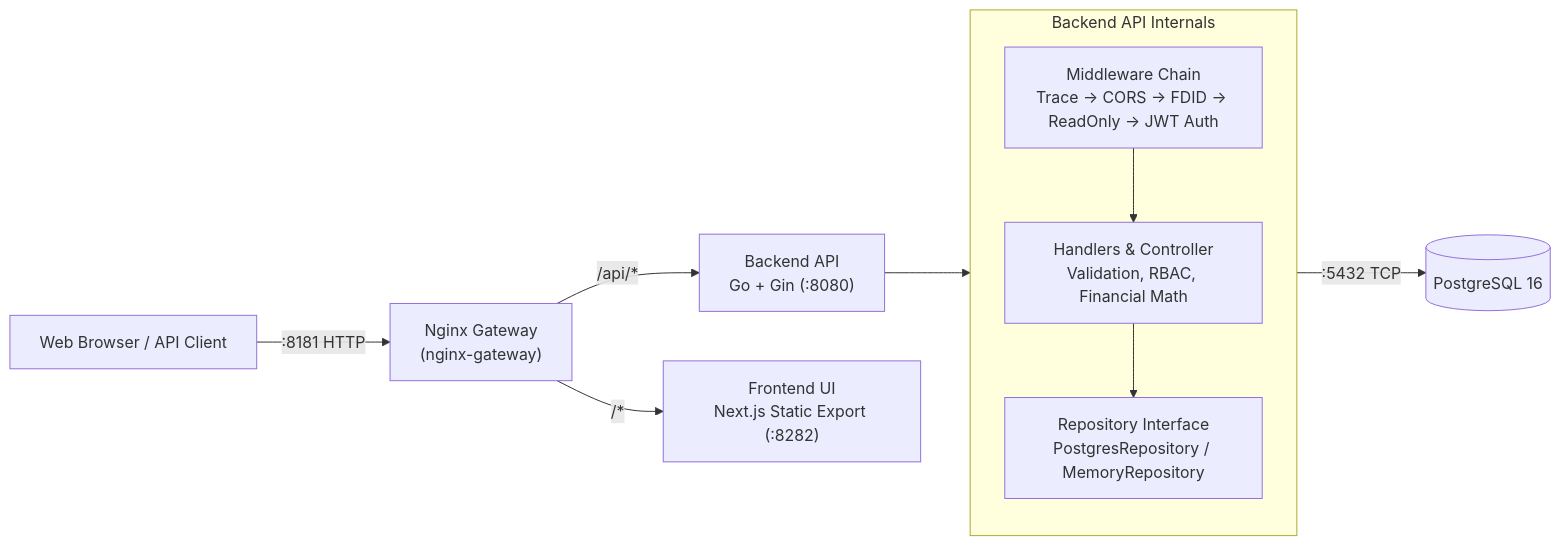
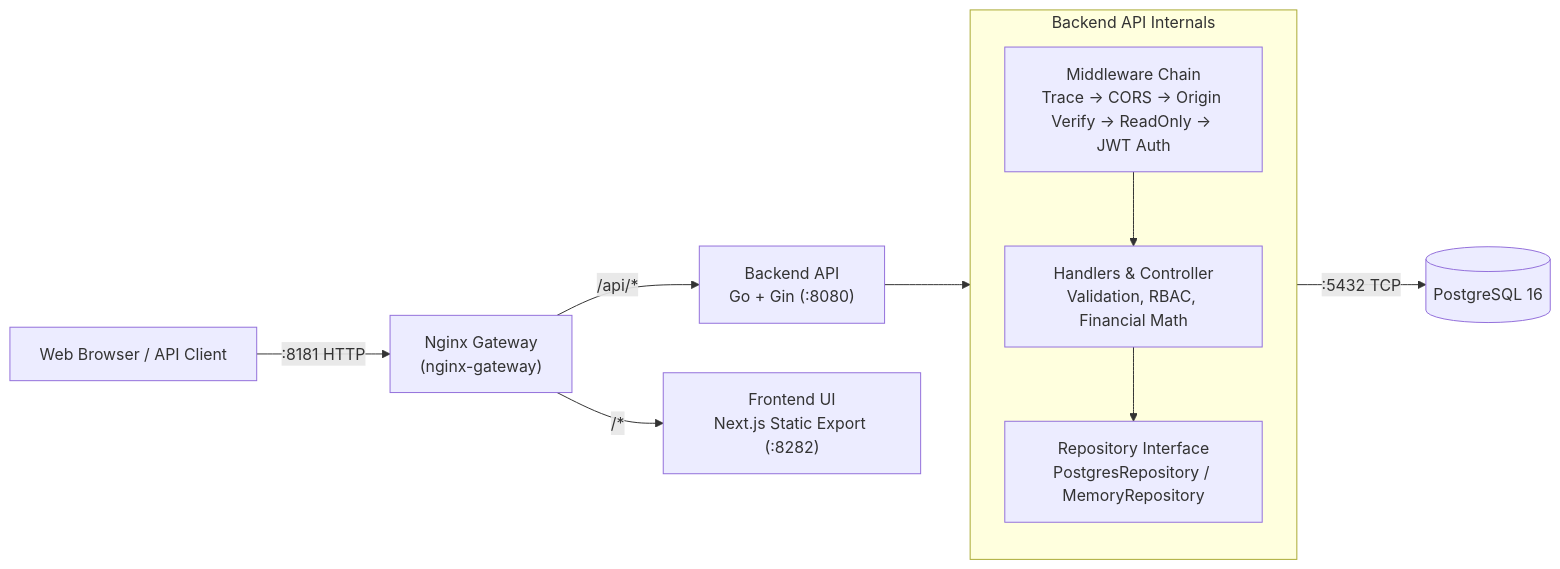
One commit to ZacharyCalvert/plannedwallet-ai changed the first of 4 diagrams in README.md. Above: the diagram before and after it, drawn with Mermaid. The commit also changed other lines of this file and 25 other files, not shown here.

````diff
--- a/README.md
+++ b/README.md
@@ -11,17 +13,17 @@
 ```mermaid
 flowchart LR
     Browser["Web Browser / API Client"] -->|":8181 HTTP"| Gateway["Nginx Gateway<br/>(nginx-gateway)"]
     Gateway -->|"/api/*"| API["Backend API<br/>Go + Gin (:8080)"]
     Gateway -->|"/*"| UI["Frontend UI<br/>Next.js Static Export (:8282)"]
 
     subgraph BackendLayers ["Backend API Internals"]
         direction TB
-        MW["Middleware Chain<br/>Trace -> CORS -> FDID -> ReadOnly -> JWT Auth"]
+        MW["Middleware Chain<br/>Trace -> CORS -> Origin Verify -> ReadOnly -> JWT Auth"]
         HDL["Handlers & Controller<br/>Validation, RBAC, Financial Math"]
         REPO["Repository Interface<br/>PostgresRepository / MemoryRepository"]
         MW --> HDL --> REPO
     end
 
     API --> MW
     REPO -->|":5432 TCP"| DB[("PostgreSQL 16")]
 ```
````
